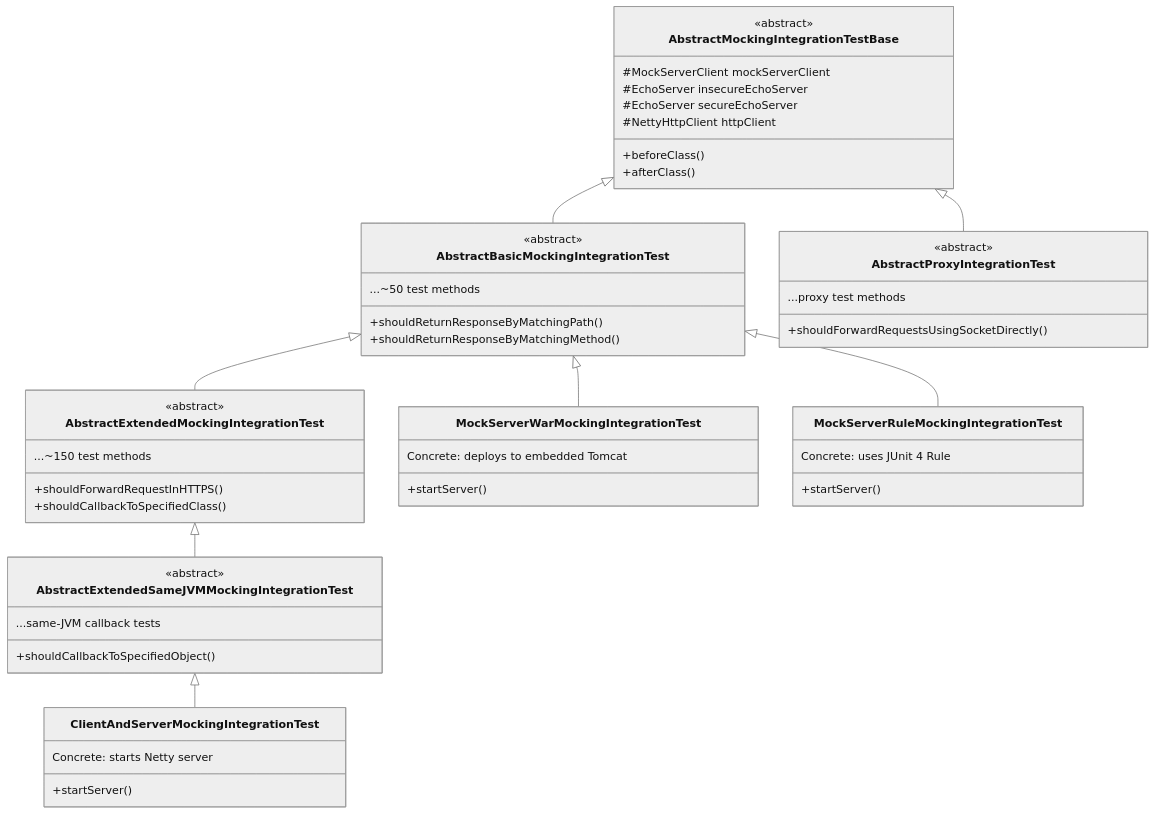
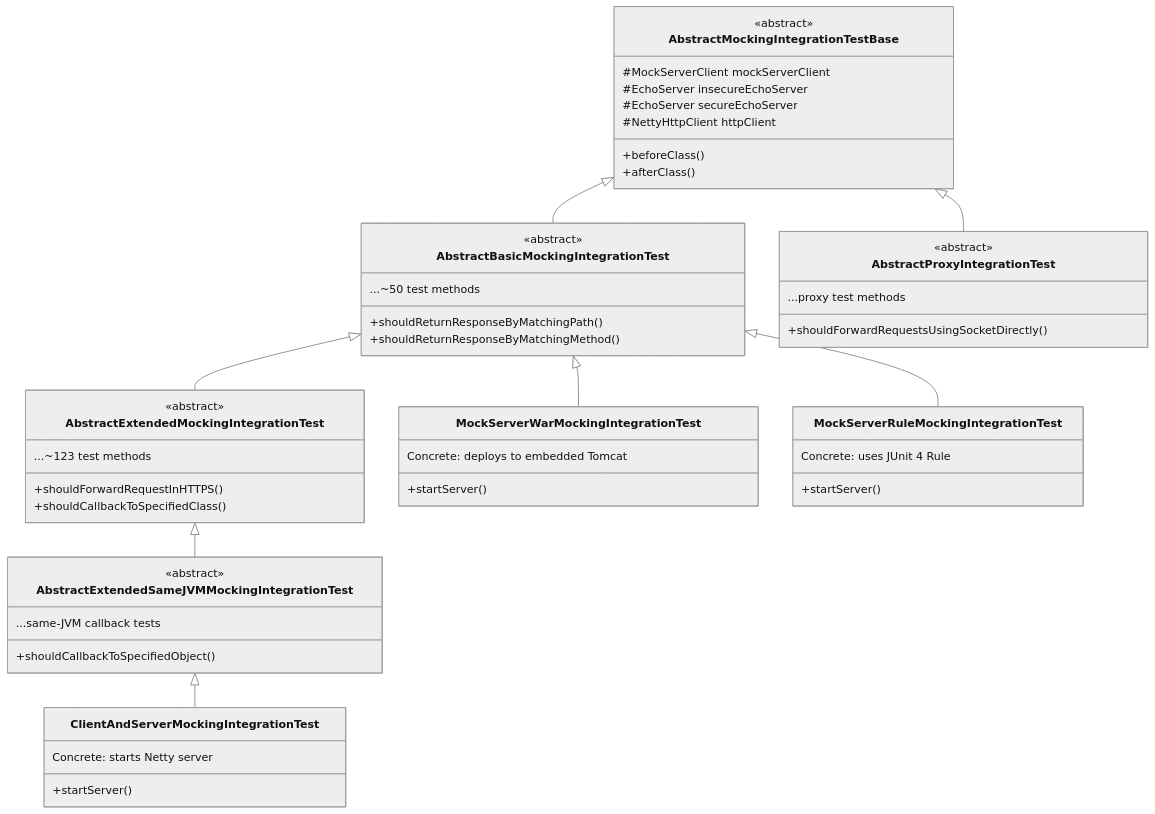
Before and after one commit to mock-server/mockserver: the second of 3 diagrams in docs/testing.md, drawn with Mermaid (neutral theme). The commit also changed other lines of this file and 6 other files, not shown here.

````diff
--- a/docs/testing.md
+++ b/docs/testing.md
@@ -76,60 +76,60 @@
 ```mermaid
 classDiagram
     class AbstractMockingIntegrationTestBase {
         <<abstract>>
         #MockServerClient mockServerClient
         #EchoServer insecureEchoServer
         #EchoServer secureEchoServer
         #NettyHttpClient httpClient
         +beforeClass()
         +afterClass()
     }
 
     class AbstractBasicMockingIntegrationTest {
         <<abstract>>
         +shouldReturnResponseByMatchingPath()
         +shouldReturnResponseByMatchingMethod()
         ...~50 test methods
     }
 
     class AbstractExtendedMockingIntegrationTest {
         <<abstract>>
         +shouldForwardRequestInHTTPS()
         +shouldCallbackToSpecifiedClass()
-        ...~150 test methods
+        ...~123 test methods
     }
 
     class AbstractExtendedSameJVMMockingIntegrationTest {
         <<abstract>>
         +shouldCallbackToSpecifiedObject()
         ...same-JVM callback tests
     }
 
     class AbstractProxyIntegrationTest {
         <<abstract>>
         +shouldForwardRequestsUsingSocketDirectly()
         ...proxy test methods
     }
 
     AbstractMockingIntegrationTestBase <|-- AbstractBasicMockingIntegrationTest
     AbstractBasicMockingIntegrationTest <|-- AbstractExtendedMockingIntegrationTest
     AbstractExtendedMockingIntegrationTest <|-- AbstractExtendedSameJVMMockingIntegrationTest
     AbstractMockingIntegrationTestBase <|-- AbstractProxyIntegrationTest
 
     class ClientAndServerMockingIntegrationTest {
         +startServer()
         Concrete: starts Netty server
     }
     class MockServerWarMockingIntegrationTest {
         +startServer()
         Concrete: deploys to embedded Tomcat
     }
     class MockServerRuleMockingIntegrationTest {
         +startServer()
         Concrete: uses JUnit 4 Rule
     }
 
     AbstractExtendedSameJVMMockingIntegrationTest <|-- ClientAndServerMockingIntegrationTest
     AbstractBasicMockingIntegrationTest <|-- MockServerWarMockingIntegrationTest
     AbstractBasicMockingIntegrationTest <|-- MockServerRuleMockingIntegrationTest
 ```
````
